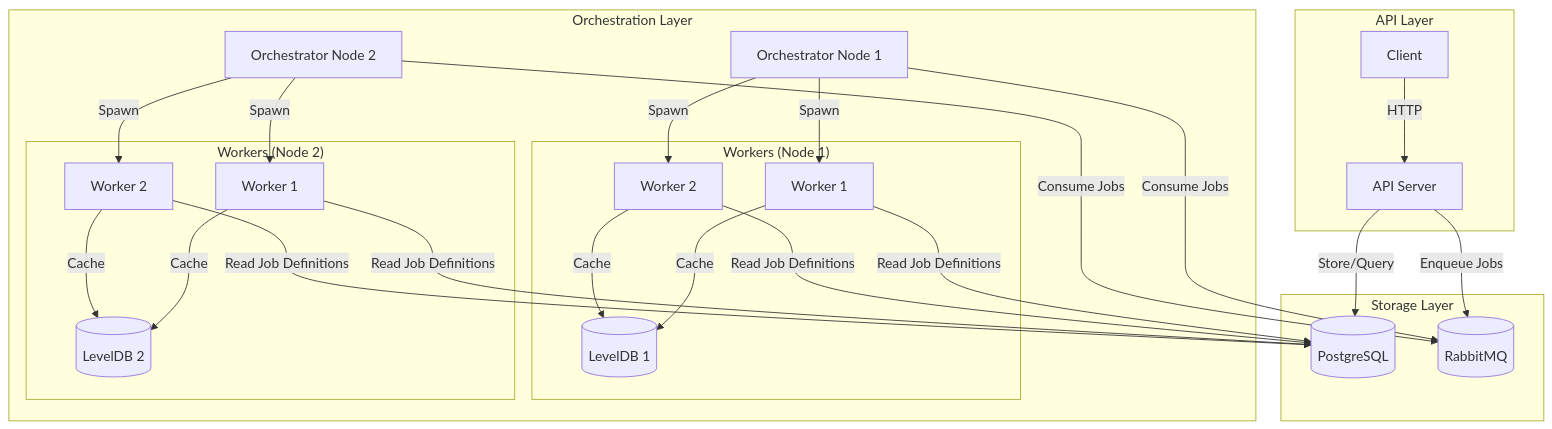
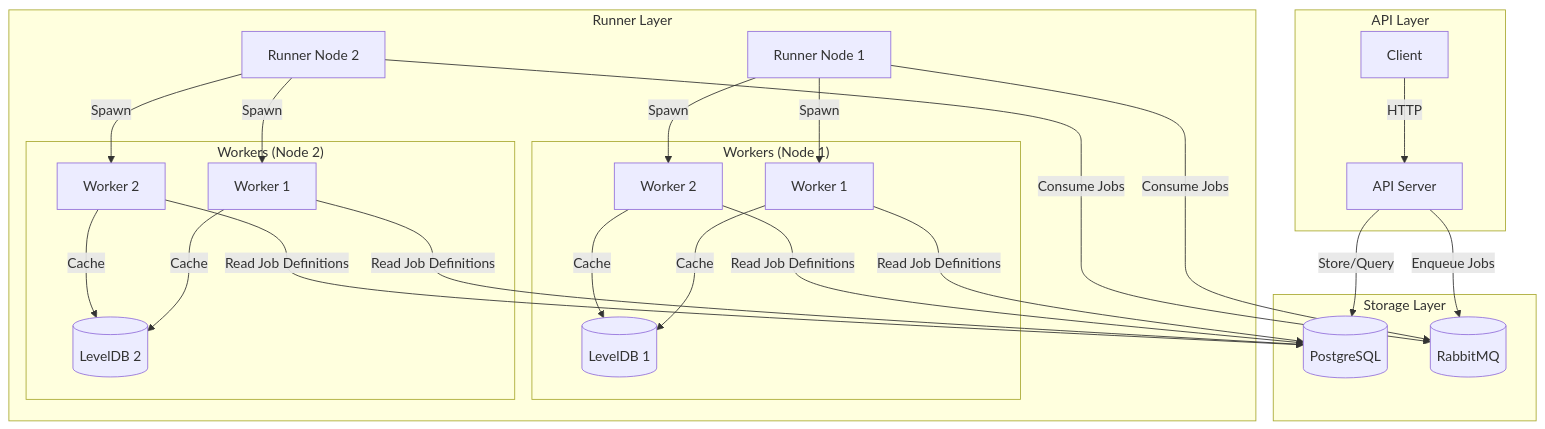
The first of 3 diagrams in README.md (fawad-mazhar/naxos), drawn with Mermaid before and after one commit. The commit also changed other lines of this file and 6 other files, not shown here.

````diff
--- a/README.md
+++ b/README.md
@@ -29,44 +29,45 @@
   ```mermaid
   flowchart TB
     subgraph "API Layer"
       client[Client]
       api[API Server]
     end
 
     subgraph "Storage Layer"
       pg[(PostgreSQL)]
       rmq[(RabbitMQ)]
     end
 
-    subgraph "Orchestration Layer"
-      orch1[Orchestrator Node 1]
-      orch2[Orchestrator Node 2]
+    subgraph "Runner Layer"
+      runner1[Runner Node 1]
+      runner2[Runner Node 2]
       
       subgraph "Workers (Node 1)"
         w1[Worker 1]
         w2[Worker 2]
         ldb1[(LevelDB 1)]
       end
       
       subgraph "Workers (Node 2)"
         w3[Worker 1]
         w4[Worker 2]
         ldb2[(LevelDB 2)]
       end
     end
 
     client -->|HTTP| api
     api -->|Store/Query| pg
     api -->|Enqueue Jobs| rmq
     
-    orch1 -->|Spawn| w1
-    orch1 -->|Spawn| w2
-    orch2 -->|Spawn| w3
-    orch2 -->|Spawn| w4
+    runner1 -->|Spawn| w1
+    runner1 -->|Spawn| w2
+    runner2 -->|Spawn| w3
+    runner2 -->|Spawn| w4
     
     w1 & w2 -->|Cache| ldb1
     w3 & w4 -->|Cache| ldb2
     
-    orch1 & orch2 -->|Consume Jobs| rmq
+    runner1 -->|Consume Jobs| rmq
+    runner2 -->|Consume Jobs| rmq
     w1 & w2 & w3 & w4 -->|Read Job Definitions| pg
   ```
````
